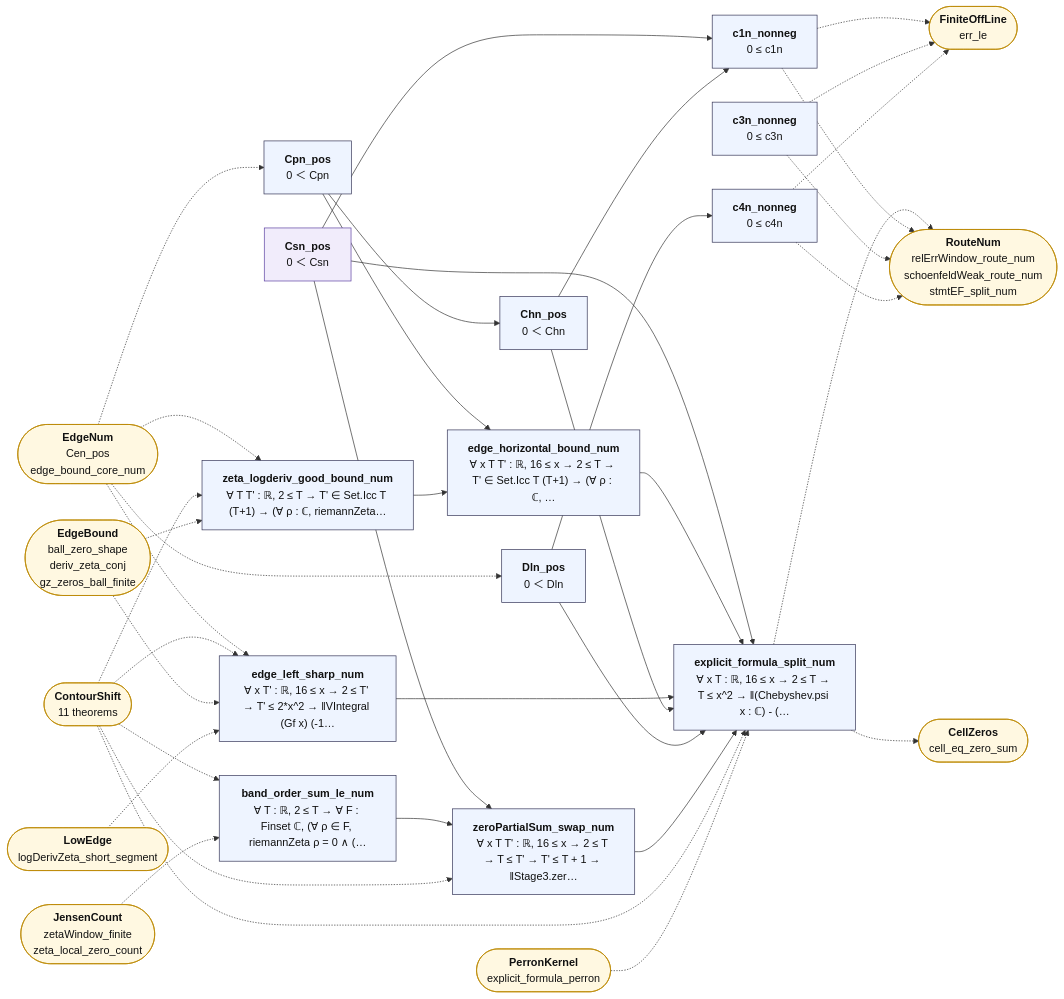
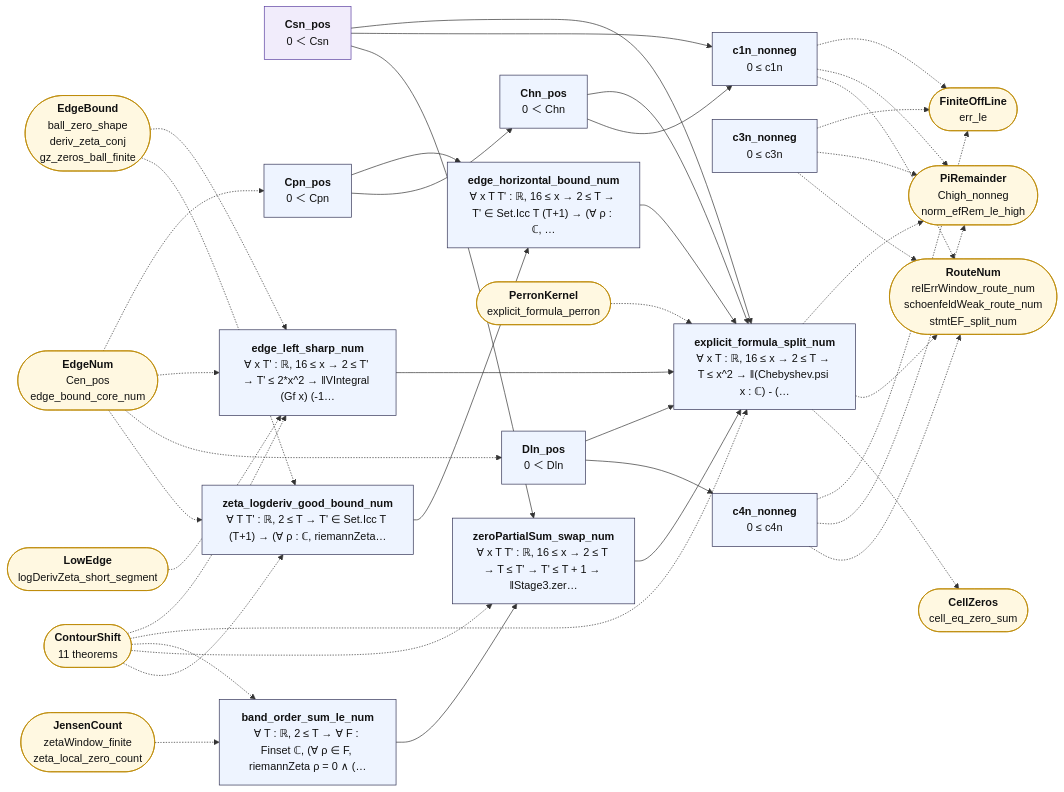
The diagram in map/lean_stage3/GlueNum.mmd (juliansambranojr/Primebeat_081426), drawn with Mermaid before and after one commit. The commit also changed 35 other files, not shown here.

First line of the commit message:
T2b: the explicit formula's remainder, passed to the count, is of square-root size (unit 0444)

```diff
--- a/map/lean_stage3/GlueNum.mmd
+++ b/map/lean_stage3/GlueNum.mmd
@@ -1,67 +1,72 @@
 flowchart LR
   n0["<b>Csn_pos</b><br/>0 ＜ Csn"]:::shp
   n1["<b>Cpn_pos</b><br/>0 ＜ Cpn"]:::thm
   n2["<b>Chn_pos</b><br/>0 ＜ Chn"]:::thm
   n3["<b>Dln_pos</b><br/>0 ＜ Dln"]:::thm
   n4["<b>c1n_nonneg</b><br/>0 ≤ c1n"]:::thm
   n5["<b>c3n_nonneg</b><br/>0 ≤ c3n"]:::thm
   n6["<b>c4n_nonneg</b><br/>0 ≤ c4n"]:::thm
   n7["<b>band_order_sum_le_num</b><br/>∀ T : ℝ, 2 ≤ T → ∀ F : Finset ℂ, (∀ ρ ∈ F, riemannZeta ρ = 0 ∧ (…"]:::thm
   n8["<b>zeroPartialSum_swap_num</b><br/>∀ x T T' : ℝ, 16 ≤ x → 2 ≤ T → T ≤ T' → T' ≤ T + 1 → ‖Stage3.zer…"]:::thm
   n9["<b>zeta_logderiv_good_bound_num</b><br/>∀ T T' : ℝ, 2 ≤ T → T' ∈ Set.Icc T (T+1) → (∀ ρ : ℂ, riemannZeta…"]:::thm
   n10["<b>edge_horizontal_bound_num</b><br/>∀ x T T' : ℝ, 16 ≤ x → 2 ≤ T → T' ∈ Set.Icc T (T+1) → (∀ ρ : ℂ, …"]:::thm
   n11["<b>edge_left_sharp_num</b><br/>∀ x T' : ℝ, 16 ≤ x → 2 ≤ T' → T' ≤ 2*x^2 → ‖VIntegral (Gf x) (-1…"]:::thm
   n12["<b>explicit_formula_split_num</b><br/>∀ x T : ℝ, 16 ≤ x → 2 ≤ T → T ≤ x^2 → ‖(Chebyshev.psi x : ℂ) - (…"]:::thm
   x0(["<b>EdgeNum</b><br/>Cen_pos<br/>edge_bound_core_num"]):::ext
   x1(["<b>FiniteOffLine</b><br/>err_le"]):::ext
-  x2(["<b>RouteNum</b><br/>relErrWindow_route_num<br/>schoenfeldWeak_route_num<br/>stmtEF_split_num"]):::ext
-  x3(["<b>ContourShift</b><br/>11 theorems"]):::ext
-  x4(["<b>JensenCount</b><br/>zetaWindow_finite<br/>zeta_local_zero_count"]):::ext
-  x5(["<b>EdgeBound</b><br/>ball_zero_shape<br/>deriv_zeta_conj<br/>gz_zeros_ball_finite"]):::ext
-  x6(["<b>LowEdge</b><br/>logDerivZeta_short_segment"]):::ext
-  x7(["<b>PerronKernel</b><br/>explicit_formula_perron"]):::ext
-  x8(["<b>CellZeros</b><br/>cell_eq_zero_sum"]):::ext
+  x2(["<b>PiRemainder</b><br/>Chigh_nonneg<br/>norm_efRem_le_high"]):::ext
+  x3(["<b>RouteNum</b><br/>relErrWindow_route_num<br/>schoenfeldWeak_route_num<br/>stmtEF_split_num"]):::ext
+  x4(["<b>ContourShift</b><br/>11 theorems"]):::ext
+  x5(["<b>JensenCount</b><br/>zetaWindow_finite<br/>zeta_local_zero_count"]):::ext
+  x6(["<b>EdgeBound</b><br/>ball_zero_shape<br/>deriv_zeta_conj<br/>gz_zeros_ball_finite"]):::ext
+  x7(["<b>LowEdge</b><br/>logDerivZeta_short_segment"]):::ext
+  x8(["<b>PerronKernel</b><br/>explicit_formula_perron"]):::ext
+  x9(["<b>CellZeros</b><br/>cell_eq_zero_sum"]):::ext
   n0 --> n12
   n0 --> n4
   n0 --> n8
   n1 --> n10
   n1 --> n2
   n10 --> n12
   n11 --> n12
   n2 --> n12
   n2 --> n4
   n3 --> n12
   n3 --> n6
   n7 --> n8
   n8 --> n12
   n9 --> n10
   n12 -.-> x2
-  n12 -.-> x8
+  n12 -.-> x3
+  n12 -.-> x9
   n4 -.-> x1
   n4 -.-> x2
+  n4 -.-> x3
   n5 -.-> x1
   n5 -.-> x2
+  n5 -.-> x3
   n6 -.-> x1
   n6 -.-> x2
+  n6 -.-> x3
   x0 -.-> n1
   x0 -.-> n11
   x0 -.-> n3
   x0 -.-> n9
-  x3 -.-> n11
-  x3 -.-> n12
-  x3 -.-> n7
-  x3 -.-> n8
-  x3 -.-> n9
+  x4 -.-> n11
+  x4 -.-> n12
   x4 -.-> n7
-  x5 -.-> n11
-  x5 -.-> n9
+  x4 -.-> n8
+  x4 -.-> n9
+  x5 -.-> n7
   x6 -.-> n11
-  x7 -.-> n12
+  x6 -.-> n9
+  x7 -.-> n11
+  x8 -.-> n12
   classDef cnt fill:#dff5ec,stroke:#17694a,color:#111
   classDef shp fill:#f1ecfb,stroke:#5b3fa0,color:#111
   classDef rh fill:#ffe5e5,stroke:#c22,color:#111,stroke-width:2px
   classDef thm fill:#eef4ff,stroke:#335,color:#111
   classDef end_ fill:#e7f7e7,stroke:#2a7,color:#111,stroke-width:2px
   classDef lone fill:#fff,stroke:#999,color:#111,stroke-dasharray:4 3
   classDef bad fill:#ffe5e5,stroke:#c22,color:#111,stroke-width:2px
   classDef ext fill:#fff8e1,stroke:#b80,color:#111
```
